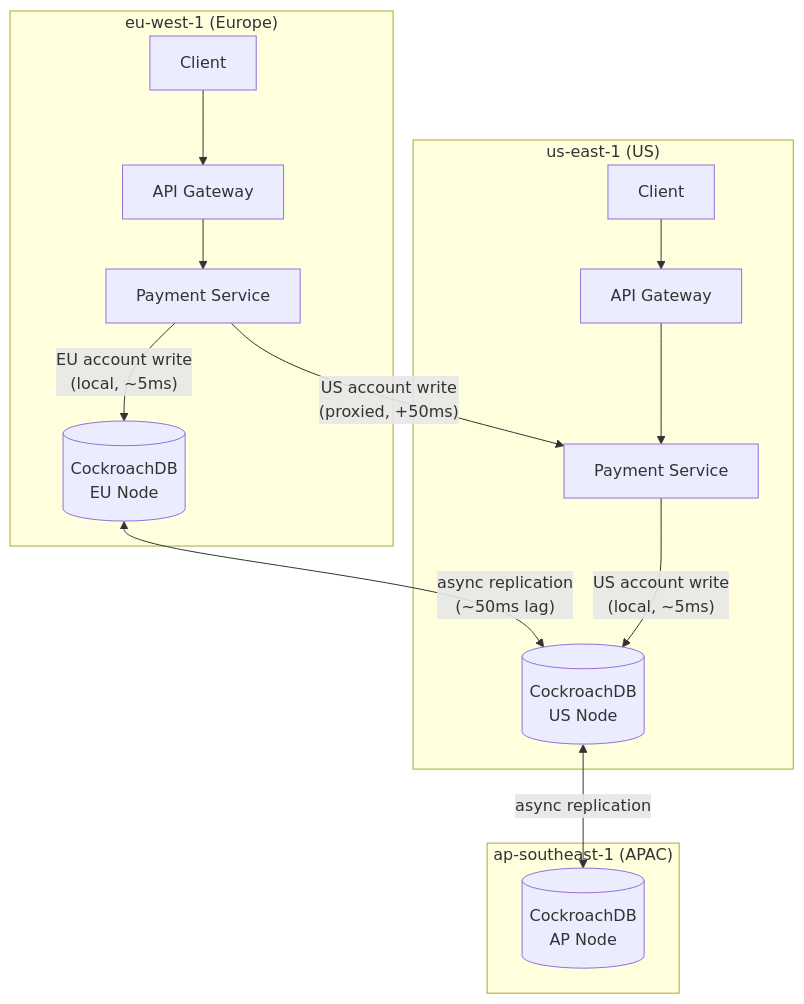
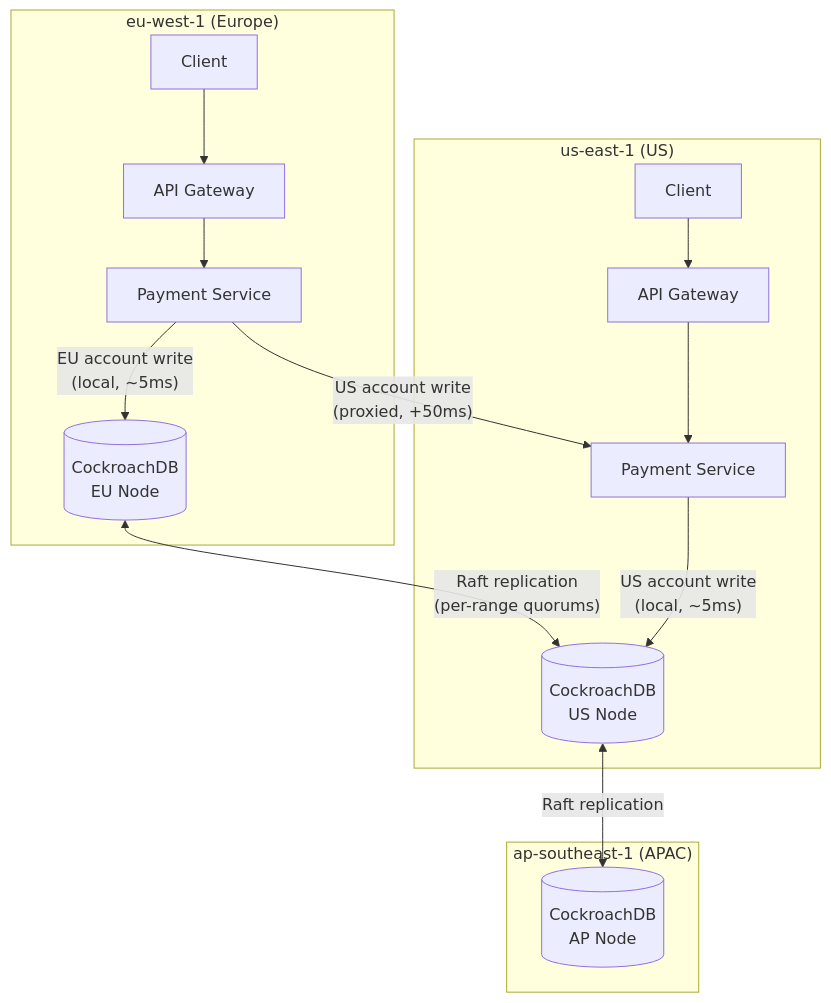
The first of 2 diagrams in docs/content/tracks/track-02-distributed-systems/lesson-18-active-active/index.md (mostafasroor1983/fintech-engineering-mastery), drawn with Mermaid before and after one commit. The commit also changed other lines of this file and 345 other files, not shown here.

````diff
--- a/docs/content/tracks/track-02-distributed-systems/lesson-18-active-active/index.md
+++ b/docs/content/tracks/track-02-distributed-systems/lesson-18-active-active/index.md
@@ -287,31 +297,31 @@
 ```mermaid
 flowchart TD
     subgraph EU["eu-west-1 (Europe)"]
         EUC[Client]
         EUGW[API Gateway]
         EUAPP[Payment Service]
         EUDB[(CockroachDB\nEU Node)]
     end
 
     subgraph US["us-east-1 (US)"]
         USC[Client]
         USGW[API Gateway]
         USAPP[Payment Service]
         USDB[(CockroachDB\nUS Node)]
     end
 
     subgraph AP["ap-southeast-1 (APAC)"]
         APDB[(CockroachDB\nAP Node)]
     end
 
     EUC --> EUGW --> EUAPP
     USC --> USGW --> USAPP
 
     EUAPP -- "EU account write\n(local, ~5ms)" --> EUDB
     EUAPP -- "US account write\n(proxied, +50ms)" --> USAPP
 
-    EUDB <-- "async replication\n(~50ms lag)" --> USDB
-    USDB <-- "async replication" --> APDB
+    EUDB <-- "Raft replication\n(per-range quorums)" --> USDB
+    USDB <-- "Raft replication" --> APDB
 
     USAPP -- "US account write\n(local, ~5ms)" --> USDB
 ```
````
